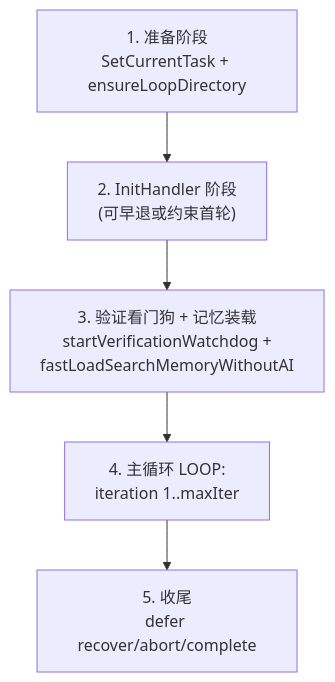
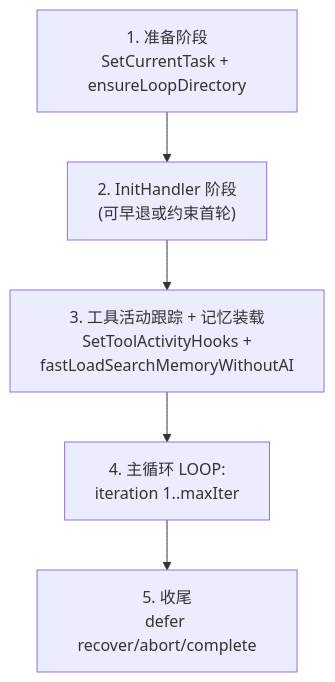
One commit to yaklang/yaklang changed the first of 4 diagrams in common/ai/aid/aireact/reactloops/docs/01-architecture.md. Above: the diagram before and after it, drawn with Mermaid. The commit also changed other lines of this file and 79 other files, not shown here.

Commit message:
fix(ai): remove automatic ReAct satisfaction verification and watchdog

````diff
--- a/common/ai/aid/aireact/reactloops/docs/01-architecture.md
+++ b/common/ai/aid/aireact/reactloops/docs/01-architecture.md
@@ -154,7 +150,7 @@
 ```mermaid
 flowchart TD
     A["1. 准备阶段<br/>SetCurrentTask + ensureLoopDirectory"] --> B
     B["2. InitHandler 阶段<br/>(可早退或约束首轮)"] --> C
-    C["3. 验证看门狗 + 记忆装载<br/>startVerificationWatchdog +<br/>fastLoadSearchMemoryWithoutAI"] --> D
+    C["3. 工具活动跟踪 + 记忆装载<br/>SetToolActivityHooks +<br/>fastLoadSearchMemoryWithoutAI"] --> D
     D["4. 主循环 LOOP:<br/>iteration 1..maxIter"] --> E["5. 收尾<br/>defer recover/abort/complete"]
 ```
````
